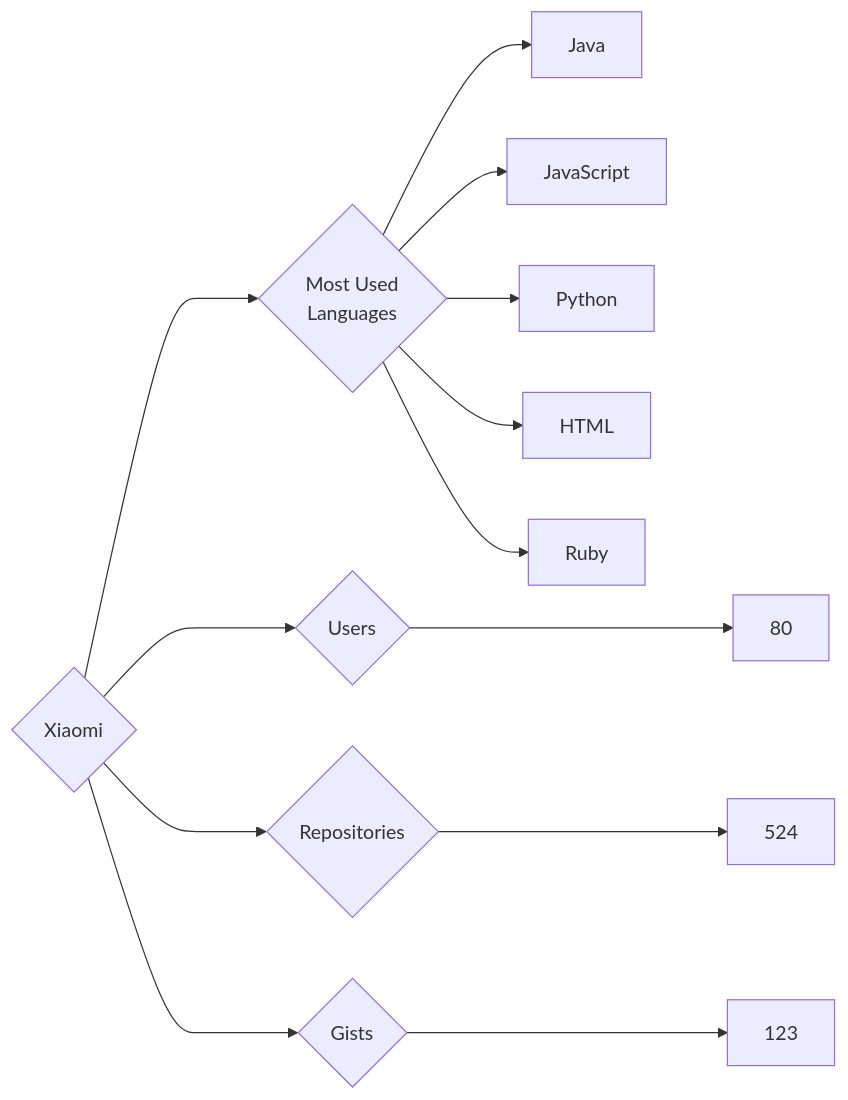
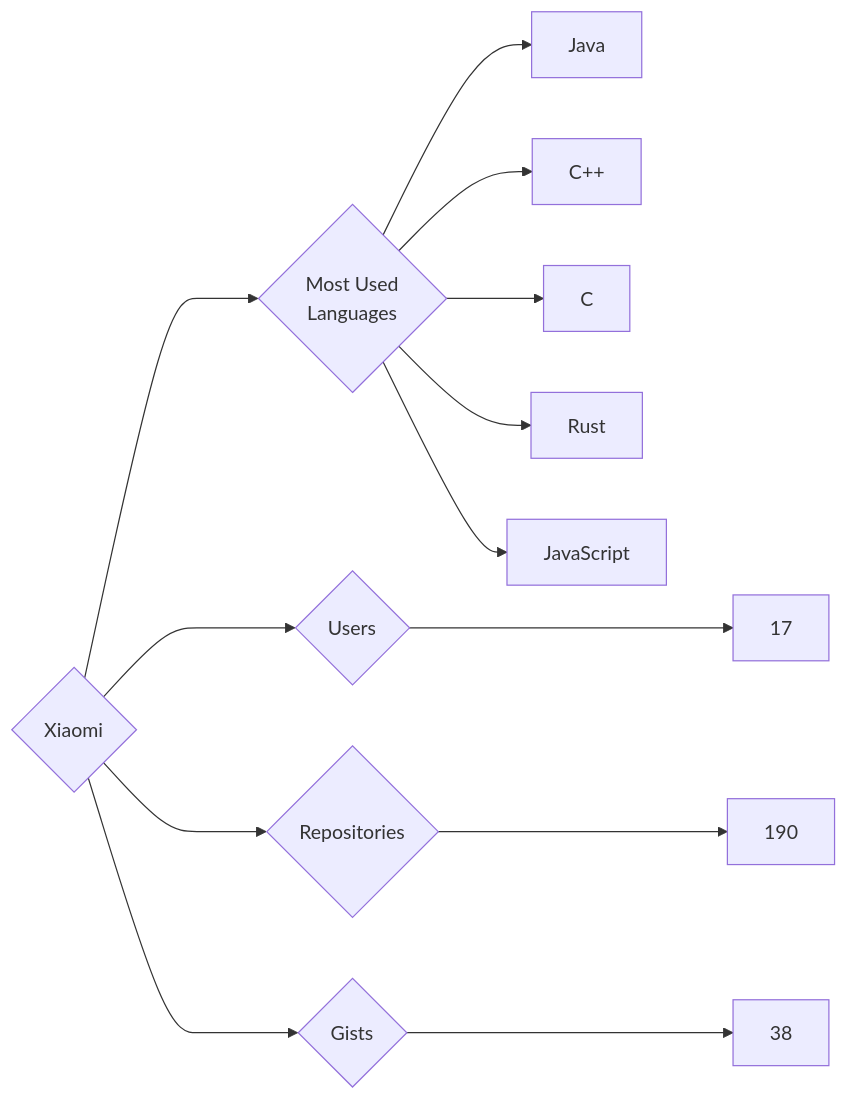
The diagram in targets/Xiaomi/README.md (trickest/insiders), drawn with Mermaid before and after one commit. The commit also changed 773 other files, not shown here.

````diff
--- a/targets/Xiaomi/README.md
+++ b/targets/Xiaomi/README.md
@@ -3,13 +3,13 @@
 ```mermaid
 graph LR
 COMPANY_NAME{Xiaomi}
-COMPANY_NAME ---> U{Users} ---> UN[80]
-COMPANY_NAME ---> R{Repositories} ---> RN[524]
-COMPANY_NAME ---> G{Gists} ---> GN[123]
+COMPANY_NAME ---> U{Users} ---> UN[17]
+COMPANY_NAME ---> R{Repositories} ---> RN[190]
+COMPANY_NAME ---> G{Gists} ---> GN[38]
 COMPANY_NAME ---> ML{Most Used<br>Languages}
 ML --> Java[Java]
+ML --> C++[C++]
+ML --> C[C]
+ML --> Rust[Rust]
 ML --> JavaScript[JavaScript]
-ML --> Python[Python]
-ML --> HTML[HTML]
-ML --> Ruby[Ruby]
 ```
````
